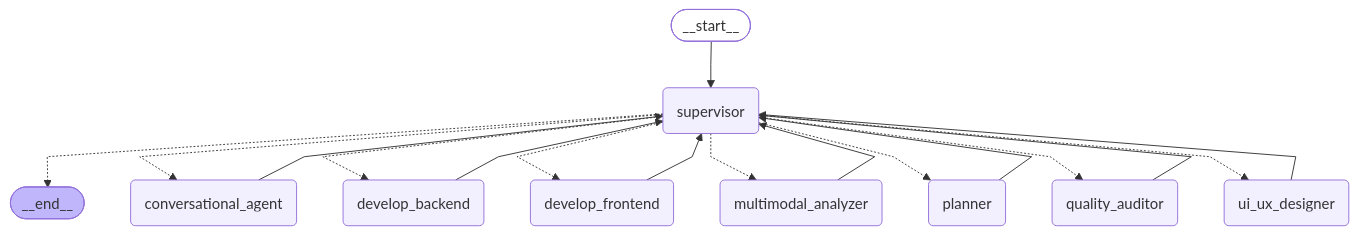
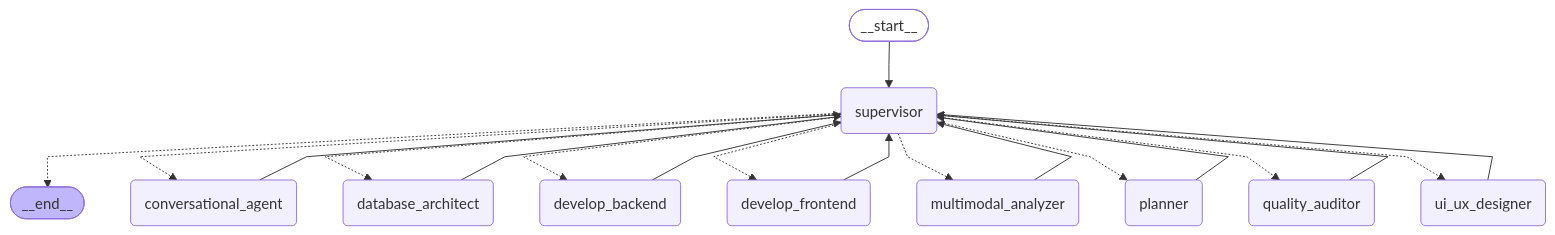
One commit to MarDamian/Dev-Team-MultiAgent-Systmem-for-Develop changed the diagram in diagrama_definicion.md. Above: the diagram before and after it, drawn with Mermaid. The commit also changed 33 other files, not shown here.

````diff
--- a/diagrama_definicion.md
+++ b/diagrama_definicion.md
@@ -1,38 +1,41 @@
 ```mermaid
 ---
 config:
   flowchart:
     curve: linear
 ---
 graph TD;
 	__start__([<p>__start__</p>]):::first
 	supervisor(supervisor)
 	conversational_agent(conversational_agent)
 	multimodal_analyzer(multimodal_analyzer)
 	ui_ux_designer(ui_ux_designer)
 	planner(planner)
 	develop_backend(develop_backend)
 	develop_frontend(develop_frontend)
 	quality_auditor(quality_auditor)
+	database_architect(database_architect)
 	__end__([<p>__end__</p>]):::last
 	__start__ --> supervisor;
 	conversational_agent --> supervisor;
+	database_architect --> supervisor;
 	develop_backend --> supervisor;
 	develop_frontend --> supervisor;
 	multimodal_analyzer --> supervisor;
 	planner --> supervisor;
 	quality_auditor --> supervisor;
 	supervisor -.-> __end__;
 	supervisor -.-> conversational_agent;
+	supervisor -.-> database_architect;
 	supervisor -.-> develop_backend;
 	supervisor -.-> develop_frontend;
 	supervisor -.-> multimodal_analyzer;
 	supervisor -.-> planner;
 	supervisor -.-> quality_auditor;
 	supervisor -.-> ui_ux_designer;
 	ui_ux_designer --> supervisor;
 	classDef default fill:#f2f0ff,line-height:1.2
 	classDef first fill-opacity:0
 	classDef last fill:#bfb6fc
 
 ```
````
